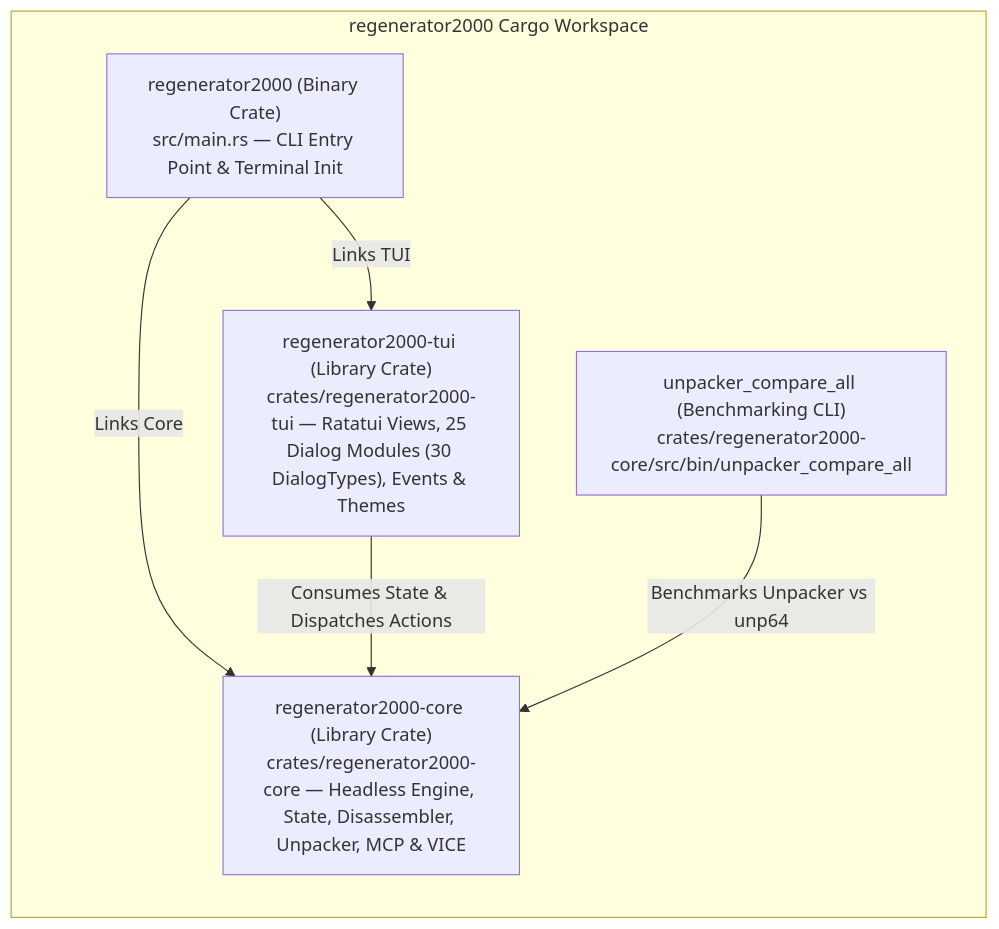
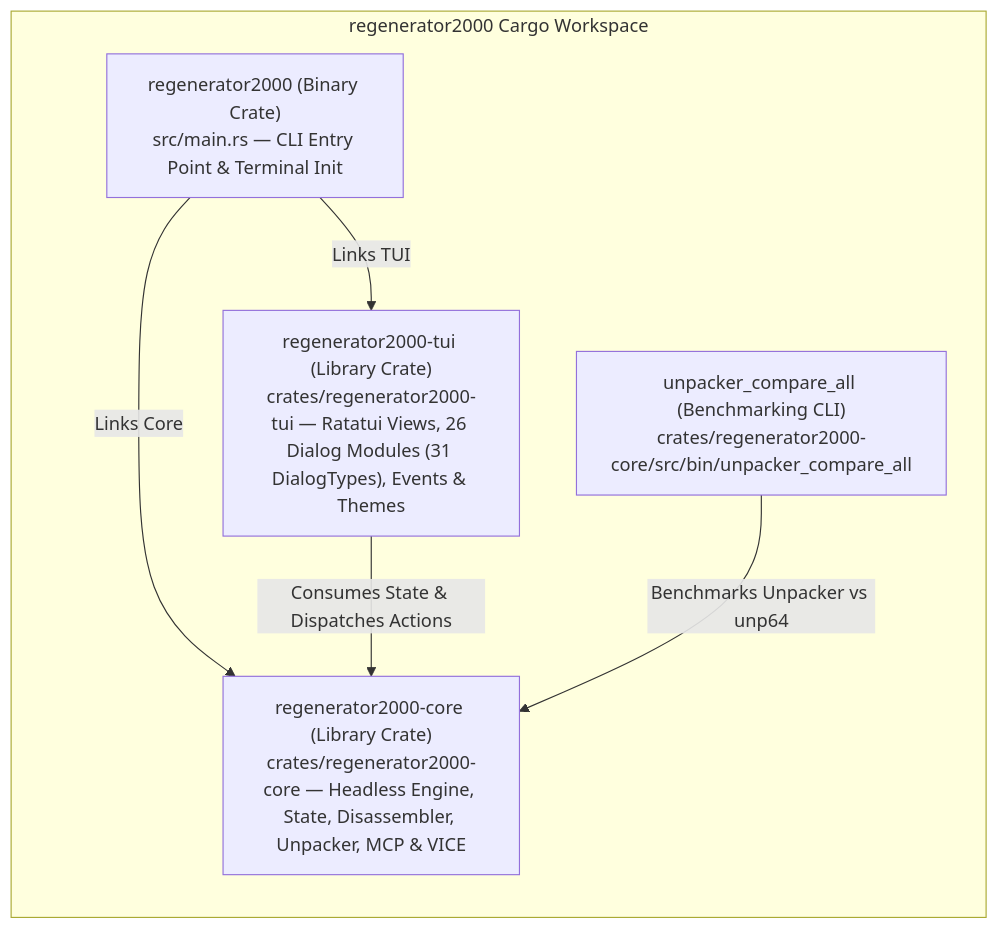
One commit to ricardoquesada/regenerator2000 changed the second of 11 diagrams in docs/architecture.md. Above: the diagram before and after it, drawn with Mermaid. The commit also changed other lines of this file and 49 other files, not shown here.

````diff
--- a/docs/architecture.md
+++ b/docs/architecture.md
@@ -65,15 +65,15 @@
 ```mermaid
 flowchart TB
     subgraph ws ["regenerator2000 Cargo Workspace"]
         direction TB
         Bin["regenerator2000 (Binary Crate)<br/>src/main.rs — CLI Entry Point & Terminal Init"]
-        Tui["regenerator2000-tui (Library Crate)<br/>crates/regenerator2000-tui — Ratatui Views, 25 Dialog Modules (30 DialogTypes), Events & Themes"]
+        Tui["regenerator2000-tui (Library Crate)<br/>crates/regenerator2000-tui — Ratatui Views, 26 Dialog Modules (31 DialogTypes), Events & Themes"]
         CoreCrate["regenerator2000-core (Library Crate)<br/>crates/regenerator2000-core — Headless Engine, State, Disassembler, Unpacker, MCP & VICE"]
         CompareBin["unpacker_compare_all (Benchmarking CLI)<br/>crates/regenerator2000-core/src/bin/unpacker_compare_all"]
 
         Bin -->|"Links TUI"| Tui
         Bin -->|"Links Core"| CoreCrate
         Tui -->|"Consumes State & Dispatches Actions"| CoreCrate
         CompareBin -->|"Benchmarks Unpacker vs unp64"| CoreCrate
     end
 ```
````
